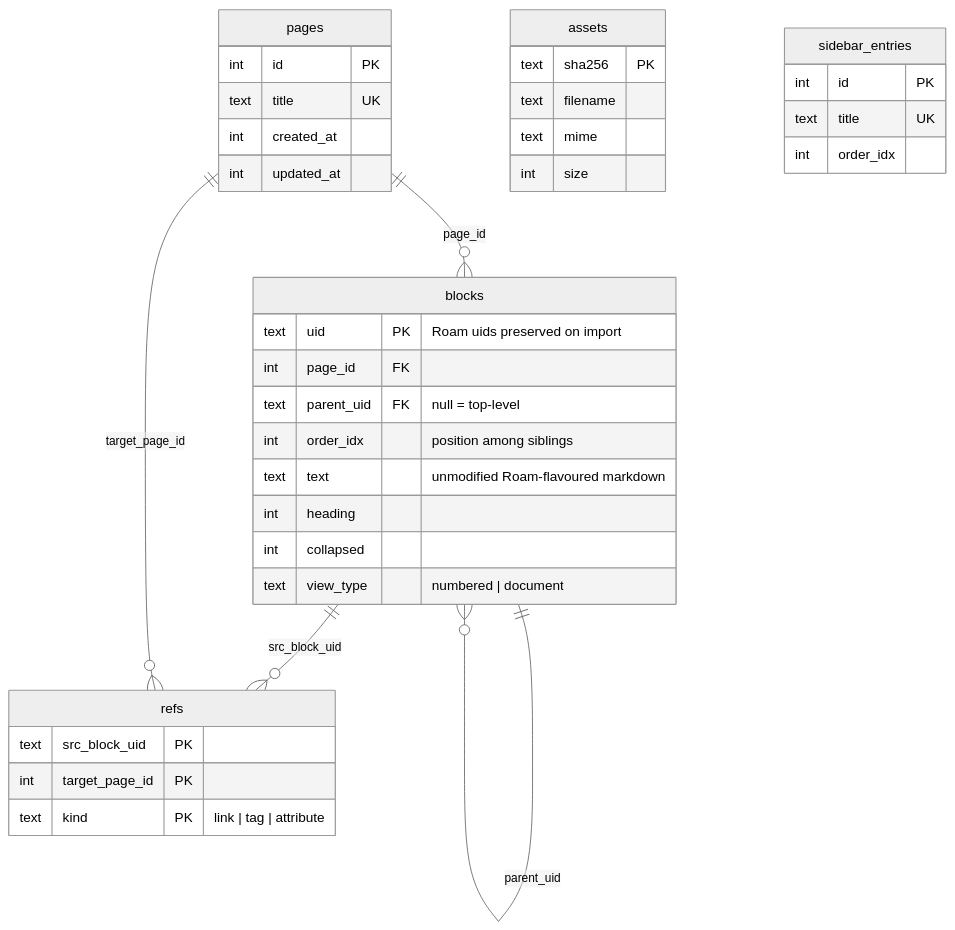
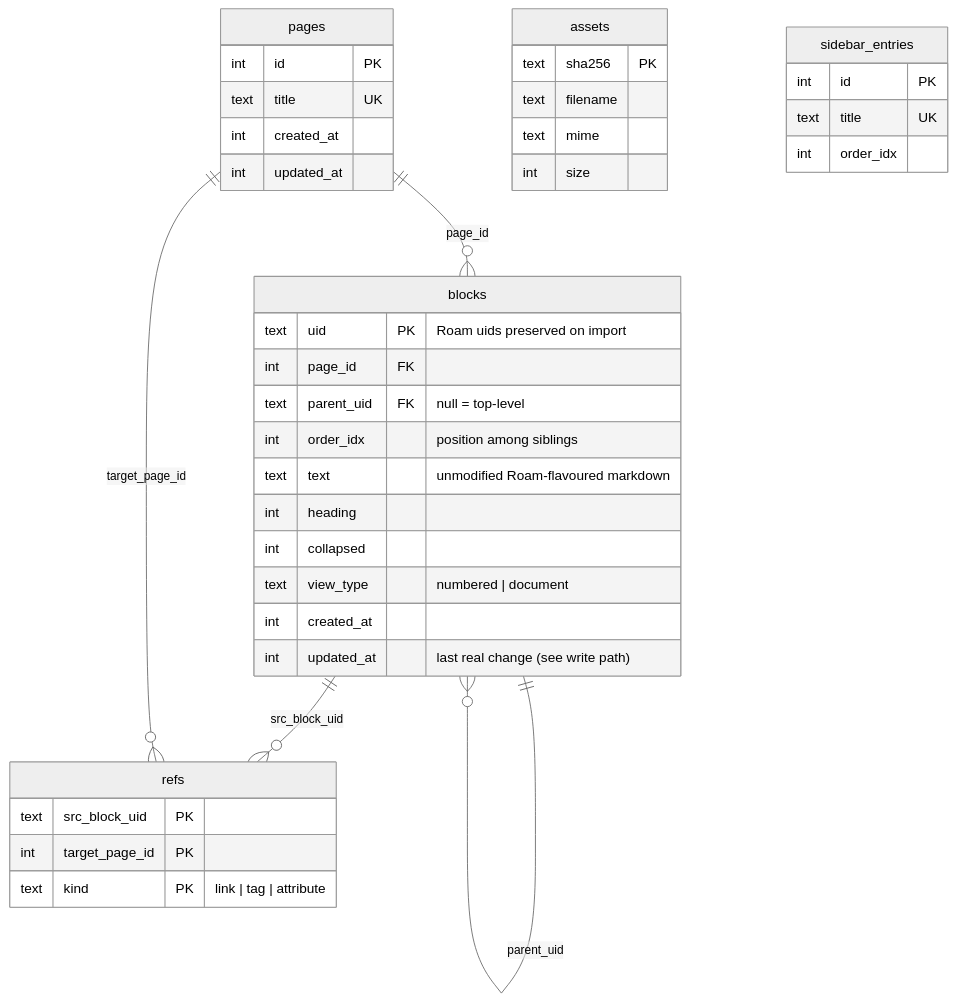
One commit to ArthurClune/pkm-system changed the first of 3 diagrams in docs/architecture/backend.md. Above: the diagram before and after it, drawn with Mermaid (neutral theme). The commit also changed other lines of this file and 10 other files, not shown here.

````diff
--- a/docs/architecture/backend.md
+++ b/docs/architecture/backend.md
@@ -114,40 +114,42 @@
 ```mermaid
 erDiagram
     pages ||--o{ blocks : "page_id"
     blocks ||--o{ blocks : "parent_uid"
     blocks ||--o{ refs : "src_block_uid"
     pages ||--o{ refs : "target_page_id"
 
     pages {
         int id PK
         text title UK
         int created_at
         int updated_at
     }
     blocks {
         text uid PK "Roam uids preserved on import"
         int page_id FK
         text parent_uid FK "null = top-level"
         int order_idx "position among siblings"
         text text "unmodified Roam-flavoured markdown"
         int heading
         int collapsed
         text view_type "numbered | document"
+        int created_at
+        int updated_at "last real change (see write path)"
     }
     refs {
         text src_block_uid PK
         int target_page_id PK
         text kind PK "link | tag | attribute"
     }
     assets {
         text sha256 PK
         text filename
         text mime
         int size
     }
     sidebar_entries {
         int id PK
         text title UK
         int order_idx
     }
 ```
````
